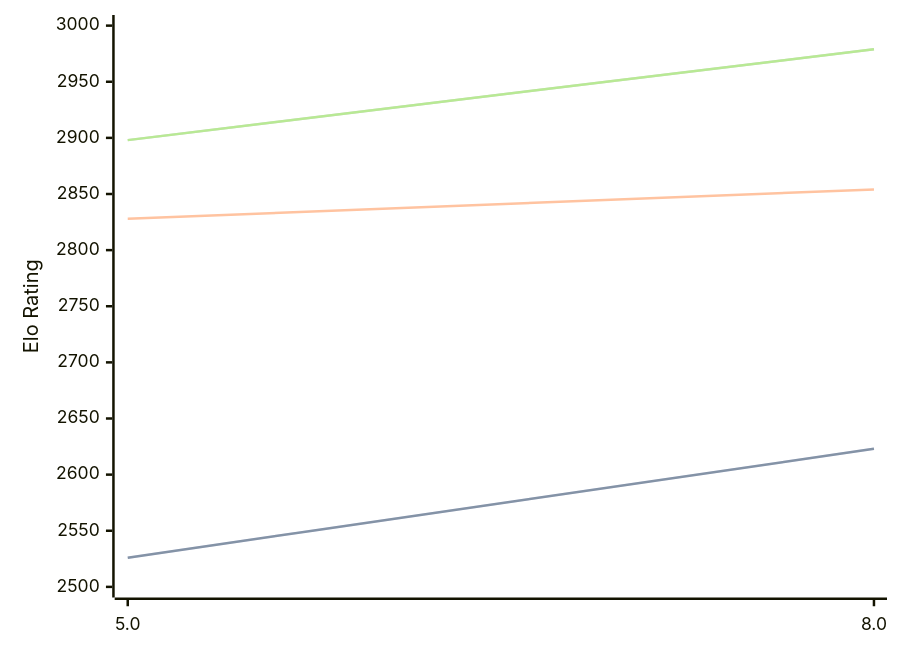
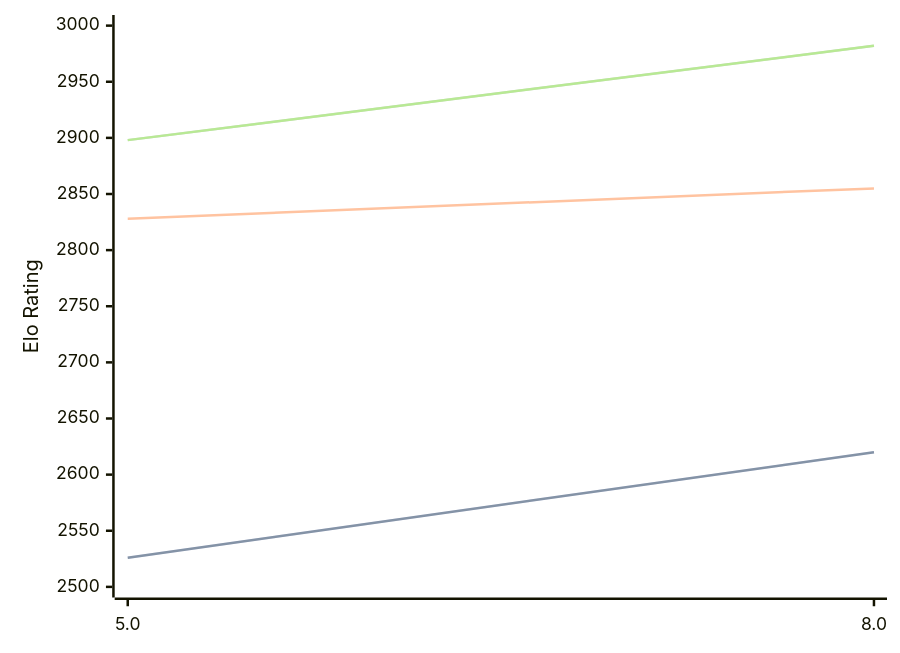
One commit to computer-chess-index/cci changed the diagram in engines/4kc.md. Above: the diagram before and after it, drawn with Mermaid. The commit also changed other lines of this file, not shown here.

Commit message:
Update CCI Ratings (ELO VLTC) - 2026-04-21

````diff
--- a/engines/4kc.md
+++ b/engines/4kc.md
@@ -41,11 +41,11 @@
 ```mermaid
 %%{init: {"theme":"base","themeVariables":{"seriesColors:['#a3a3a3','#222221','#faa371']}}}%%
 xychart-beta
   x-axis ["5.0", "8.0"]
   y-axis "Elo Rating" 2500 --> 3000
-  line "STC (8.0+0.08s)" [2526, 2623]
-  line "STC (8.0+0.08s)" [2526, 2623]
-  line "LTC (60.0+0.60s)" [2828, 2854]
-  line "VLTC (2m24s+1.12s)" [2898, 2979]
-  line "VLTC (2m24s+1.12s)" [2898, 2979]
+  line "STC (8.0+0.08s)" [2526, 2620]
+  line "STC (8.0+0.08s)" [2526, 2620]
+  line "LTC (60.0+0.60s)" [2828, 2855]
+  line "VLTC (2m24s+1.12s)" [2898, 2982]
+  line "VLTC (2m24s+1.12s)" [2898, 2982]
 ```
````
